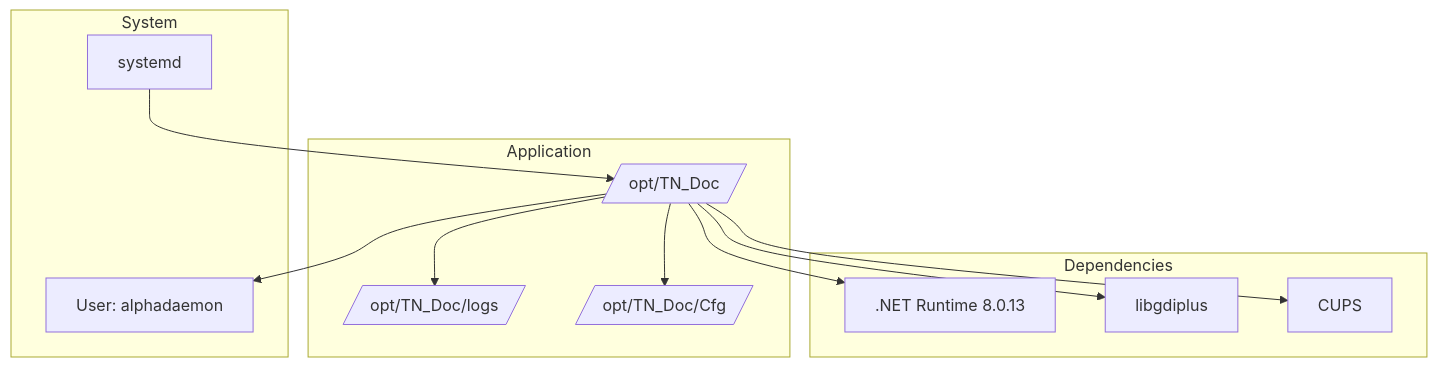
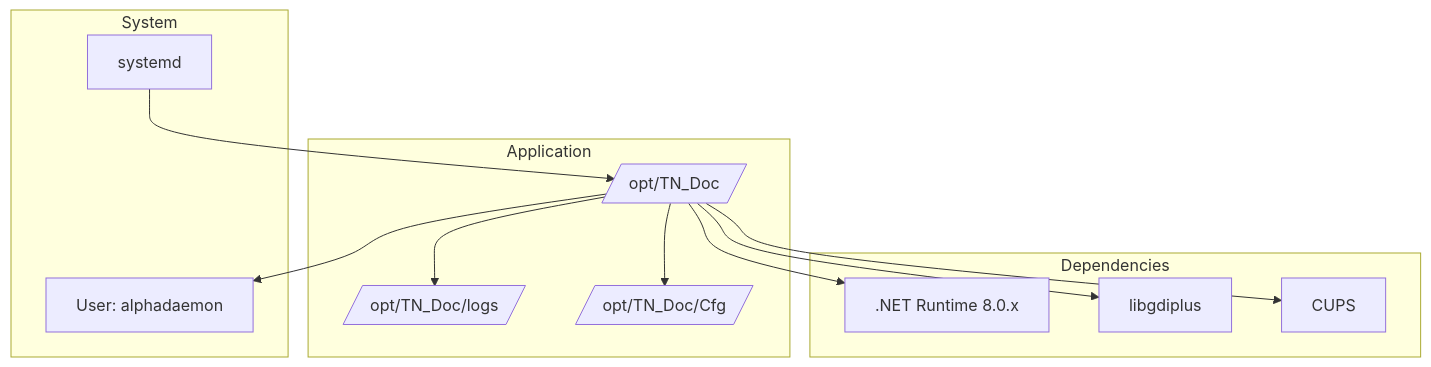
One commit to tn-ivk/tn-doc changed the first of 2 diagrams in docs/deployment/linux.md. Above: the diagram before and after it, drawn with Mermaid. The commit also changed other lines of this file and 9 other files, not shown here.

````diff
--- a/docs/deployment/linux.md
+++ b/docs/deployment/linux.md
@@ -15,27 +15,27 @@
 ```mermaid
 graph TB
     subgraph "System"
         Systemd[systemd]
         User[User: alphadaemon]
     end
 
     subgraph "Application"
         App[/opt/TN_Doc/]
         Logs[/opt/TN_Doc/logs/]
         Config[/opt/TN_Doc/Cfg/]
     end
 
     subgraph "Dependencies"
-        Runtime[.NET Runtime 8.0.13]
+        Runtime[.NET Runtime 8.0.x]
         libgdiplus[libgdiplus]
         CUPS[CUPS]
     end
 
     Systemd --> App
     App --> User
     App --> Logs
     App --> Config
     App --> Runtime
     App --> libgdiplus
     App --> CUPS
 ```
````
